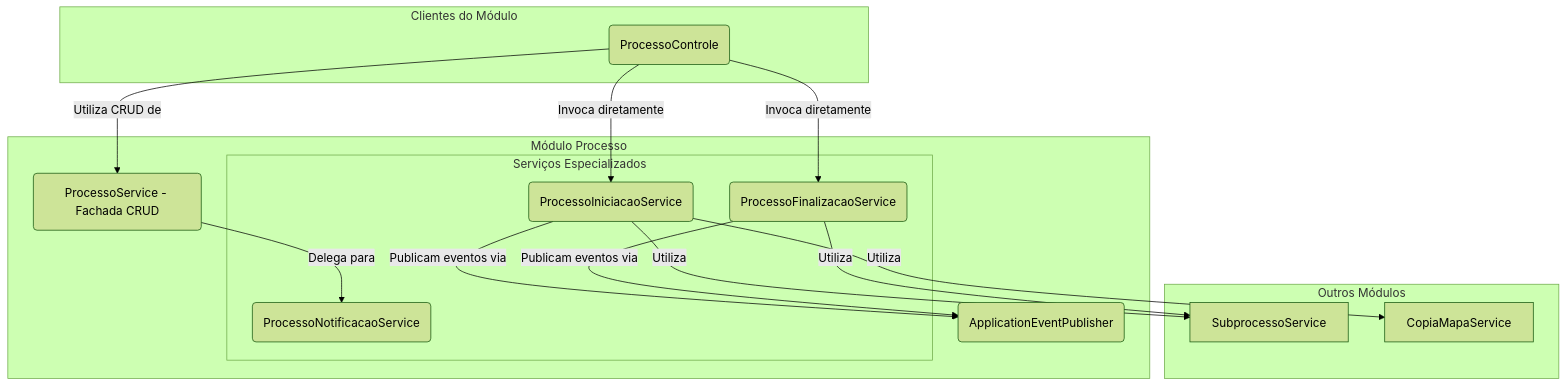
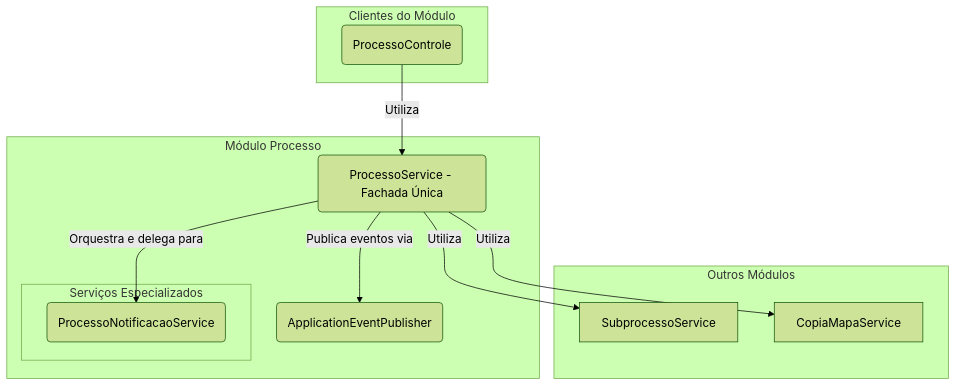
Before and after one commit to lgalvao/sgc: the diagram in backend/src/main/java/sgc/processo/README.md, drawn with Mermaid (forest theme). The commit also changed other lines of this file and 25 other files, not shown here.

````diff
--- a/backend/src/main/java/sgc/processo/README.md
+++ b/backend/src/main/java/sgc/processo/README.md
@@ -11,34 +11,27 @@
 ```mermaid
 graph TD
     subgraph "Clientes do Módulo"
         Controle(ProcessoControle)
     end
 
     subgraph "Módulo Processo"
-        Facade(ProcessoService - Fachada CRUD)
+        Facade(ProcessoService - Fachada Única)
 
         subgraph "Serviços Especializados"
-            Iniciacao(ProcessoIniciacaoService)
-            Finalizacao(ProcessoFinalizacaoService)
             Notificacao(ProcessoNotificacaoService)
         end
 
         Eventos(ApplicationEventPublisher)
     end
 
     subgraph "Outros Módulos"
         SubprocessoService
         CopiaMapaService
     end
 
-    Controle -- Utiliza CRUD de --> Facade
-    Controle -- Invoca diretamente --> Iniciacao
-    Controle -- Invoca diretamente --> Finalizacao
+    Controle -- Utiliza --> Facade
 
-    Facade -- Delega para --> Notificacao
-
-    Iniciacao -- Utiliza --> SubprocessoService & CopiaMapaService
-    Finalizacao -- Utiliza --> SubprocessoService
-
-    Iniciacao & Finalizacao -- Publicam eventos via --> Eventos
+    Facade -- Orquestra e delega para --> Notificacao
+    Facade -- Utiliza --> SubprocessoService & CopiaMapaService
+    Facade -- Publica eventos via --> Eventos
 ```
````
